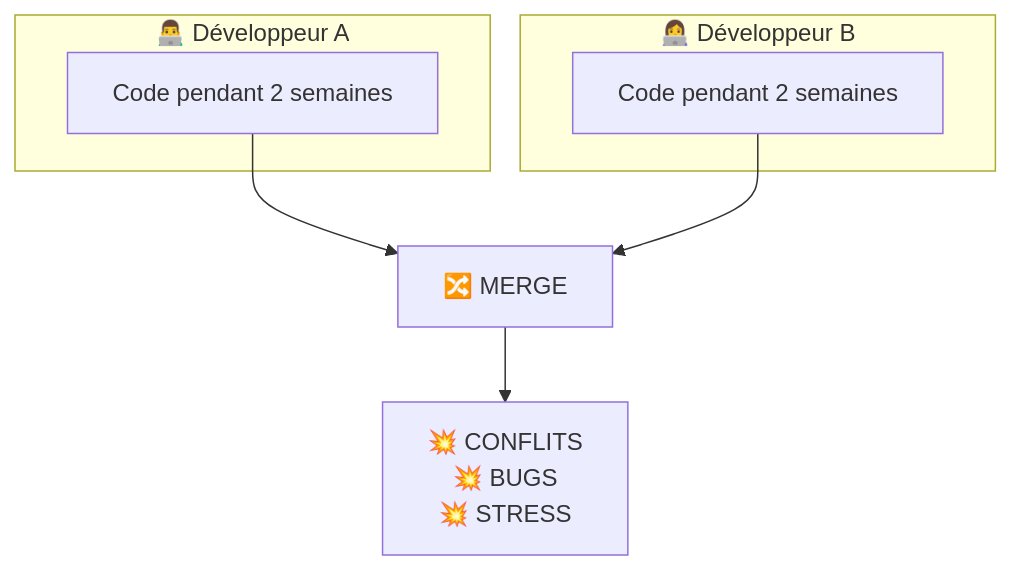
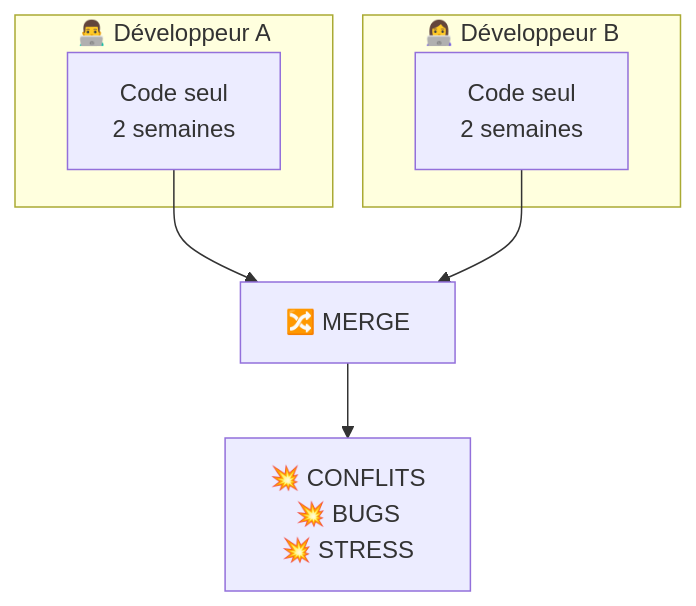
Before and after one commit to Foreach-Academy-France/formation-initialisation-ci: the diagram in slides/jour1-introduction-ci.md, drawn with Mermaid.

Commit message:
fix(slides): fix truncated text in mermaid diagram
Use line break to display "2 semaines" properly

```diff
--- a/slides/jour1-introduction-ci.md
+++ b/slides/jour1-introduction-ci.md
@@ -121,12 +121,12 @@
 <div class="mermaid">
 flowchart TB
     subgraph A[" 👨‍💻 Développeur A "]
-        A1[Code pendant 2 semaines]
+        A1["Code seul<br/>2 semaines"]
     end
     subgraph B[" 👩‍💻 Développeur B "]
-        B1[Code pendant 2 semaines]
+        B1["Code seul<br/>2 semaines"]
     end
     A1 --> M[🔀 MERGE]
     B1 --> M
     M --> C["💥 CONFLITS<br/>💥 BUGS<br/>💥 STRESS"]
 </div>
```
